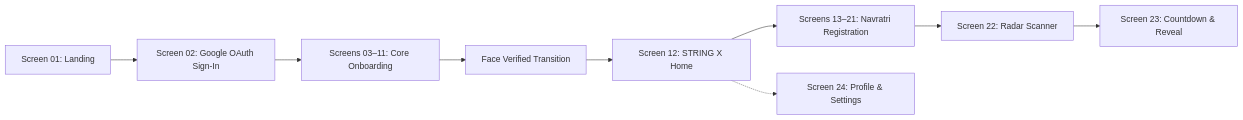
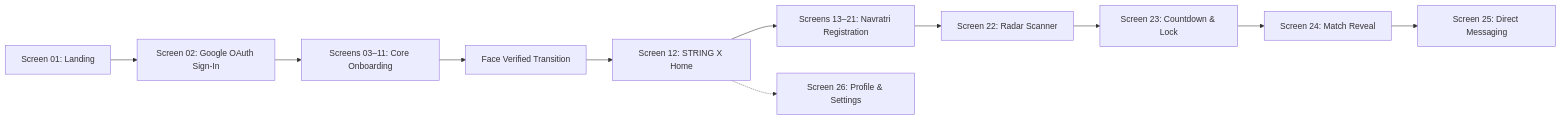
Before and after one commit to Hellsguardian/String-X: the diagram in docs/README.md, drawn with Mermaid. The commit also changed other lines of this file and 147 other files, not shown here.

````diff
--- a/docs/README.md
+++ b/docs/README.md
@@ -29,11 +30,13 @@
 ```mermaid
 flowchart LR
     A[Screen 01: Landing] --> B[Screen 02: Google OAuth Sign-In]
     B --> C[Screens 03–11: Core Onboarding]
     C --> D[Face Verified Transition]
     D --> E[Screen 12: STRING X Home]
     E --> F[Screens 13–21: Navratri Registration]
     F --> G[Screen 22: Radar Scanner]
-    G --> H[Screen 23: Countdown & Reveal]
-    E -.-> I[Screen 24: Profile & Settings]
+    G --> H[Screen 23: Countdown & Lock]
+    H --> I[Screen 24: Match Reveal]
+    I --> J[Screen 25: Direct Messaging]
+    E -.-> K[Screen 26: Profile & Settings]
 ```
````
